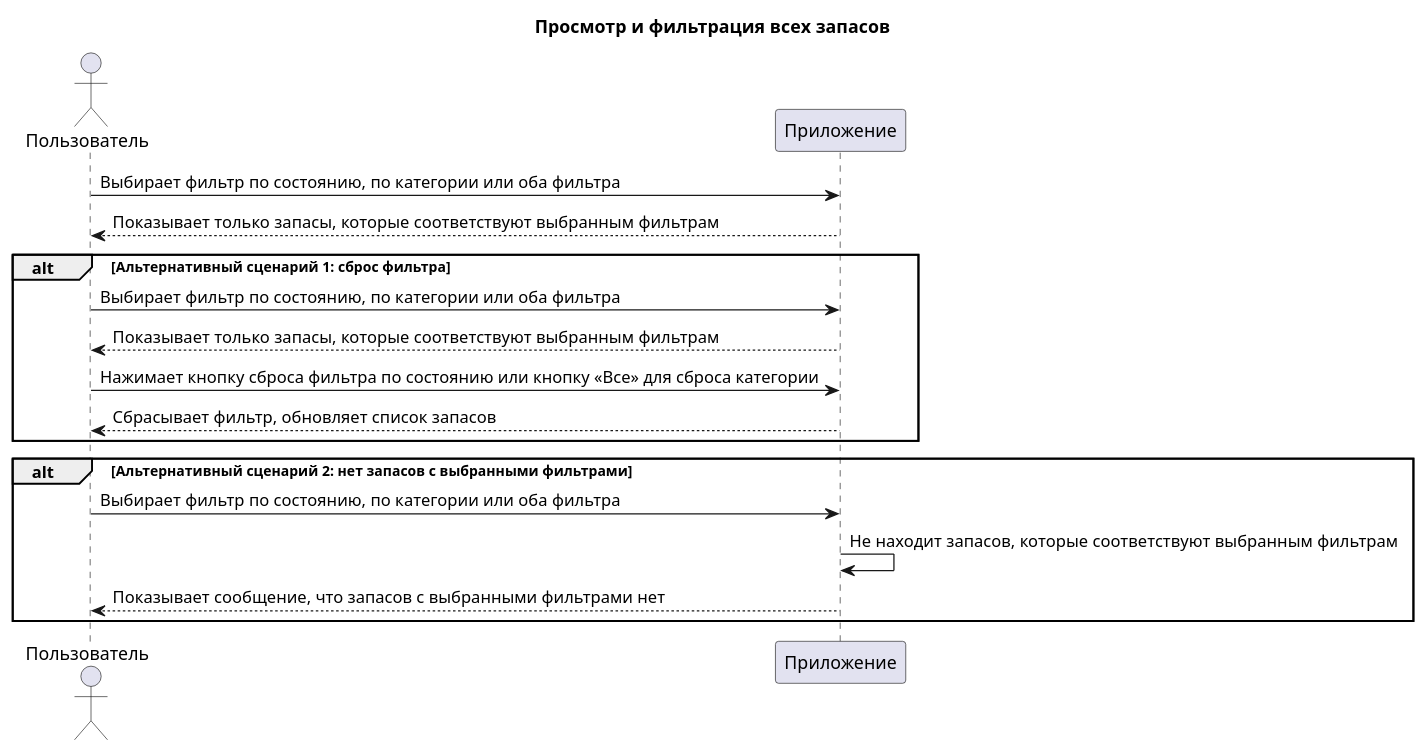
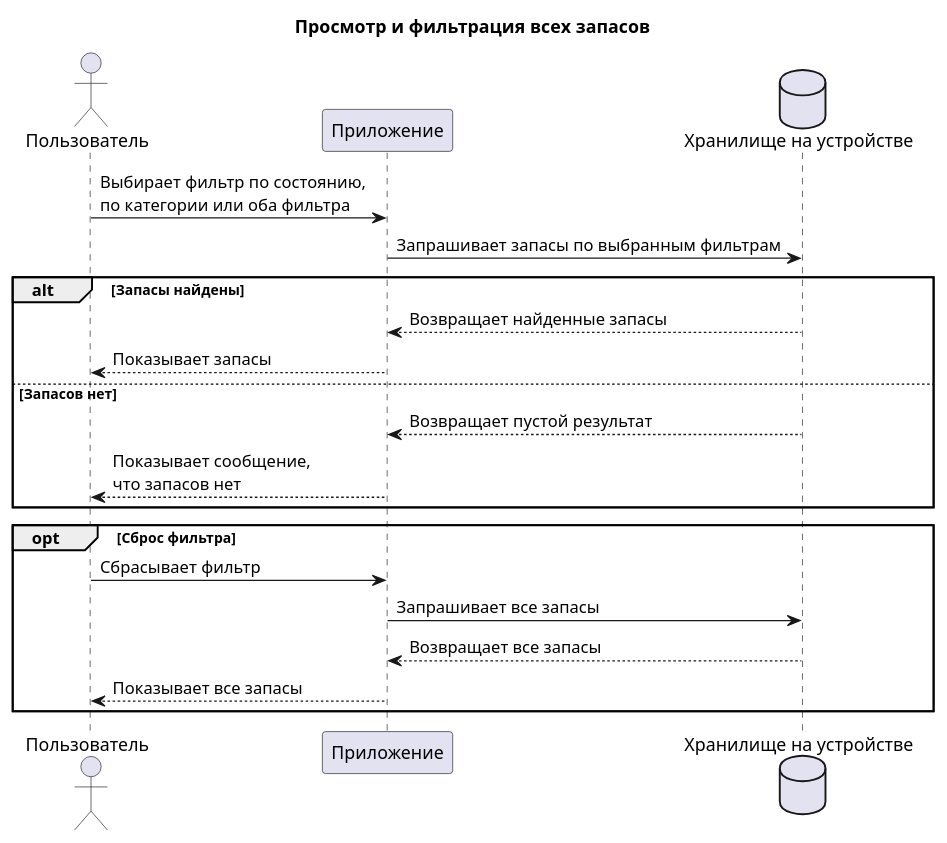
One commit to alenaChernyka/tech-writing-portfolio changed the diagram in polka-app-docs/plantuml/filter-stock.puml. Above: the diagram before and after it, drawn with PlantUML. The commit also changed 1 other file, not shown here.

Commit message:
docs(polka): edit filter-stock diagram

```diff
--- a/polka-app-docs/plantuml/filter-stock.puml
+++ b/polka-app-docs/plantuml/filter-stock.puml
@@ -1,22 +1,30 @@
 @startuml
+
 title Просмотр и фильтрация всех запасов
 
 actor Пользователь as user
+
 participant Приложение as client
 
-user -> client: Выбирает фильтр по состоянию, по категории или оба фильтра
-user <-- client: Показывает только запасы, которые соответствуют выбранным фильтрам
+database "Хранилище на устройстве" as storage
 
-alt Альтернативный сценарий 1: сброс фильтра
-user -> client: Выбирает фильтр по состоянию, по категории или оба фильтра
-user <-- client: Показывает только запасы, которые соответствуют выбранным фильтрам
-user -> client: Нажимает кнопку сброса фильтра по состоянию или кнопку «Все» для сброса категории
-user <-- client: Сбрасывает фильтр, обновляет список запасов
-end alt
+user -> client: Выбирает фильтр по состоянию,\nпо категории или оба фильтра
 
-alt Альтернативный сценарий 2: нет запасов с выбранными фильтрами
-user -> client: Выбирает фильтр по состоянию, по категории или оба фильтра
-client -> client: Не находит запасов, которые соответствуют выбранным фильтрам
-user <-- client: Показывает сообщение, что запасов с выбранными фильтрами нет
-end alt
+client -> storage: Запрашивает запасы по выбранным фильтрам
+
+alt Запасы найдены
+    storage --> client: Возвращает найденные запасы
+    client --> user: Показывает запасы
+else Запасов нет
+    storage --> client: Возвращает пустой результат
+    client --> user: Показывает сообщение,\nчто запасов нет
+end
+
+opt Сброс фильтра
+    user -> client: Сбрасывает фильтр
+    client -> storage: Запрашивает все запасы
+    storage --> client: Возвращает все запасы
+    client --> user: Показывает все запасы
+end
+
 @enduml
```
